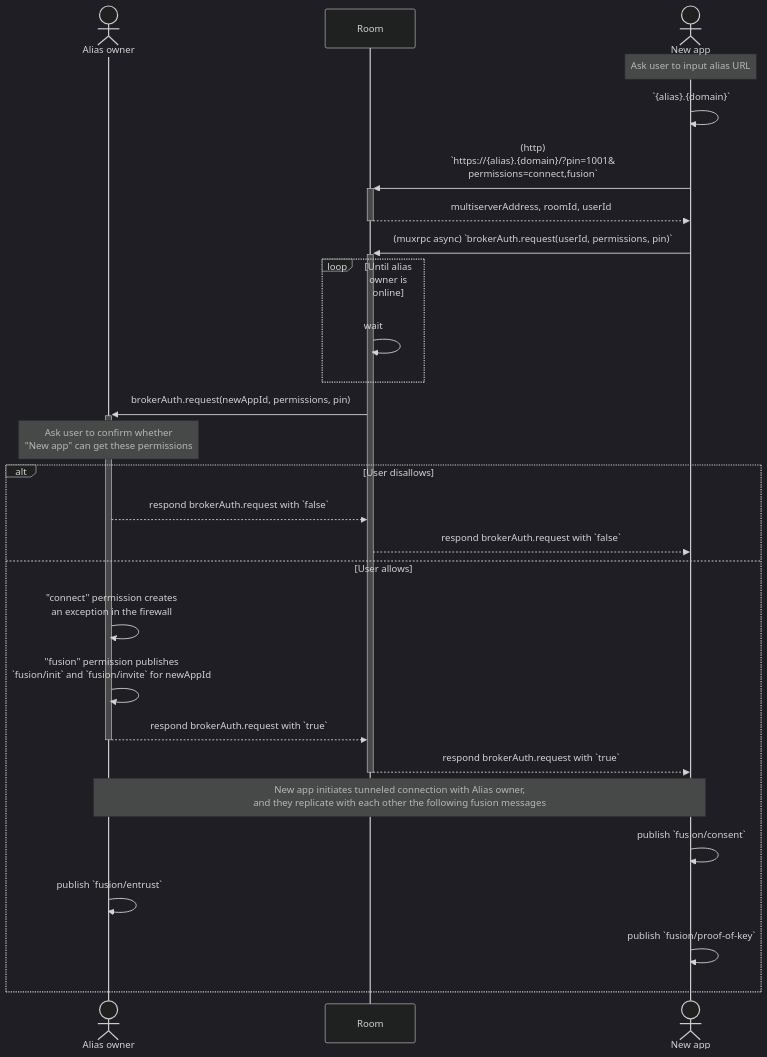
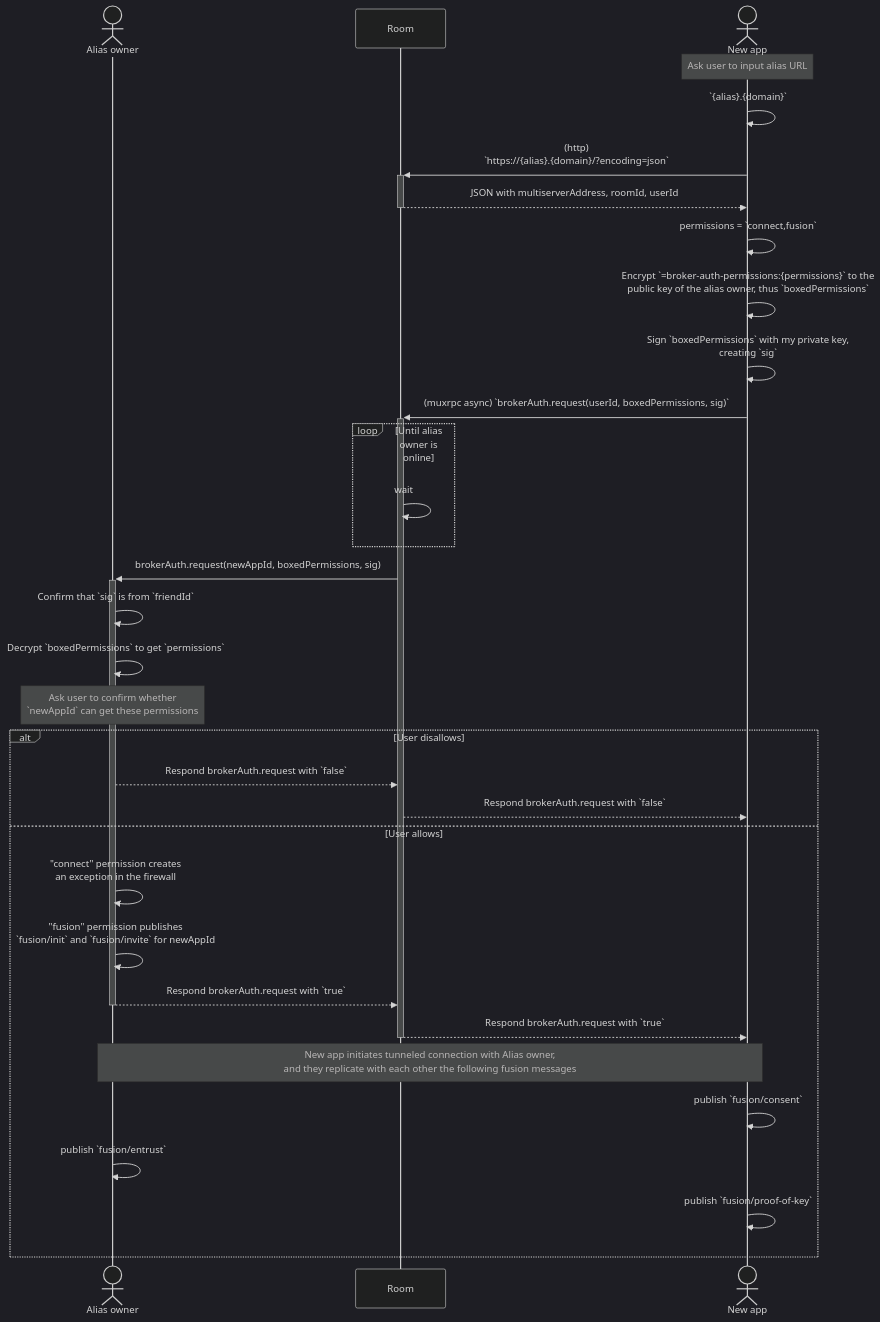
One commit to staltz/ssb-room-broker-auth-spec changed the fourth of 4 diagrams in content.md. Above: the diagram before and after it, drawn with Mermaid (dark theme). The commit also changed other lines of this file and 1 other file, not shown here.

````diff
--- a/content.md
+++ b/content.md
@@ -142,34 +152,41 @@
 ```mermaid
 sequenceDiagram
   actor A as Alias owner
   participant R as Room
   actor B as New app
 
   note over B: Ask user to input alias URL
   B->>B: `{alias}.{domain}`
-  B->>+R: (http) <br/>`https://{alias}.{domain}/?pin=1001&<br/>permissions=connect,fusion`
-  R-->>-B: multiserverAddress, roomId, userId
+  B->>+R: (http) <br/>`https://{alias}.{domain}/?encoding=json`
+  R-->>-B: JSON with multiserverAddress, roomId, userId
+  B->>B: permissions = `connect,fusion`
+  B->>B: Encrypt `=broker-auth-permissions:{permissions}` to the<br/>public key of the alias owner, thus `boxedPermissions`
+  B->>B: Sign `boxedPermissions` with my private key,<br/>creating `sig`
 
-  B->>+R: (muxrpc async) `brokerAuth.request(userId, permissions, pin)`
+  B->>+R: (muxrpc async) `brokerAuth.request(userId, boxedPermissions, sig)`
 
   loop Until alias owner is online
     R->>R: wait
   end
-  R->>+A: brokerAuth.request(newAppId, permissions, pin)
-  note over A: Ask user to confirm whether<br/>"New app" can get these permissions
+
+  R->>+A: brokerAuth.request(newAppId, boxedPermissions, sig)
+  A->>A: Confirm that `sig` is from `friendId`
+  A->>A: Decrypt `boxedPermissions` to get `permissions`
+  note over A: Ask user to confirm whether<br/>`newAppId` can get these permissions
+
   alt User disallows
-    A-->>R: respond brokerAuth.request with `false`
-    R-->>B: respond brokerAuth.request with `false`
+    A-->>R: Respond brokerAuth.request with `false`
+    R-->>B: Respond brokerAuth.request with `false`
   else User allows
     A->>A: "connect" permission creates<br/>an exception in the firewall
     A->>A: "fusion" permission publishes<br/>`fusion/init` and `fusion/invite` for newAppId
-    A-->>-R: respond brokerAuth.request with `true`
-    R-->>-B: respond brokerAuth.request with `true`
+    A-->>-R: Respond brokerAuth.request with `true`
+    R-->>-B: Respond brokerAuth.request with `true`
 
     note over A,B: New app initiates tunneled connection with Alias owner,<br/>and they replicate with each other the following fusion messages
 
     B->>B: publish `fusion/consent`
     A->>A: publish `fusion/entrust`
     B->>B: publish `fusion/proof-of-key`
   end
 ```
````
